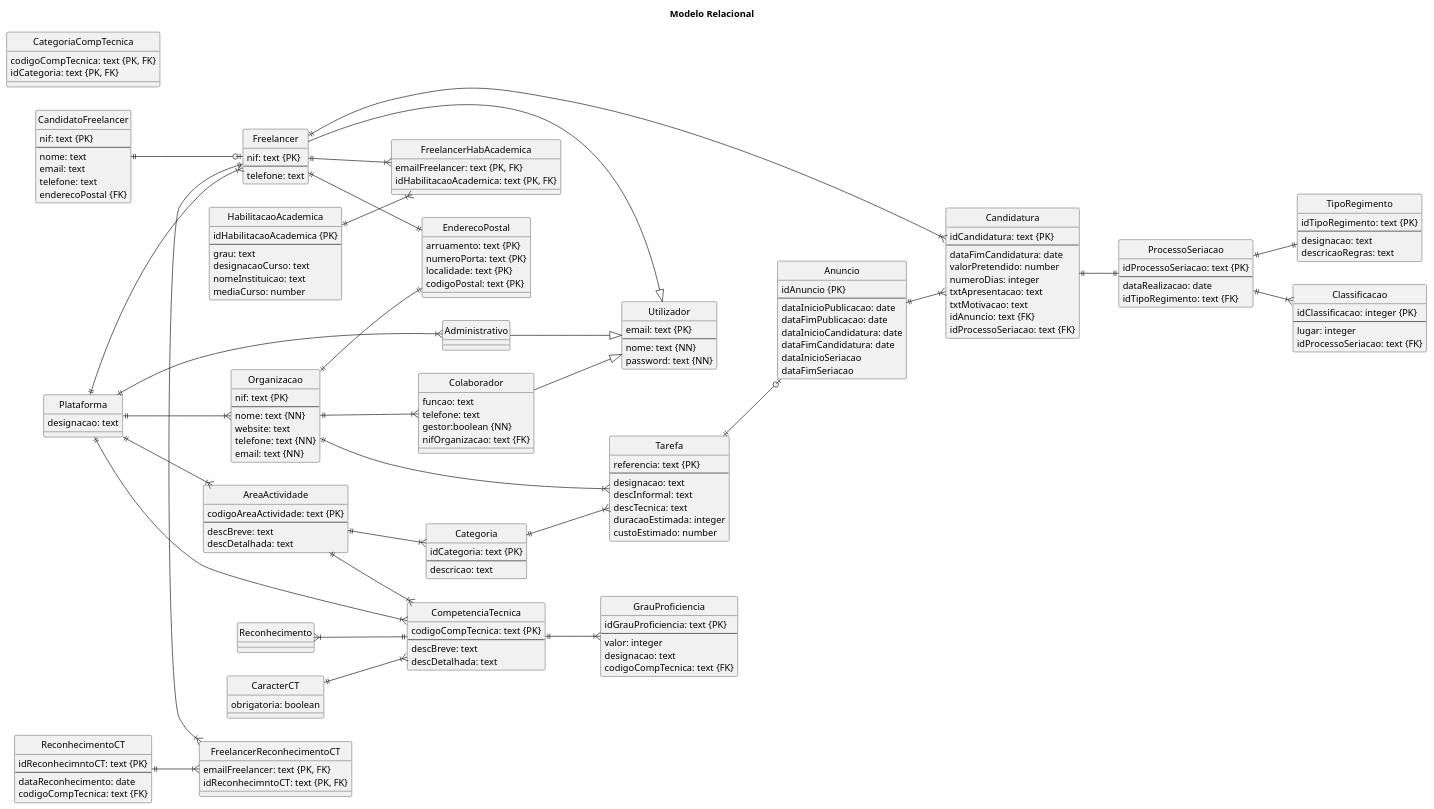
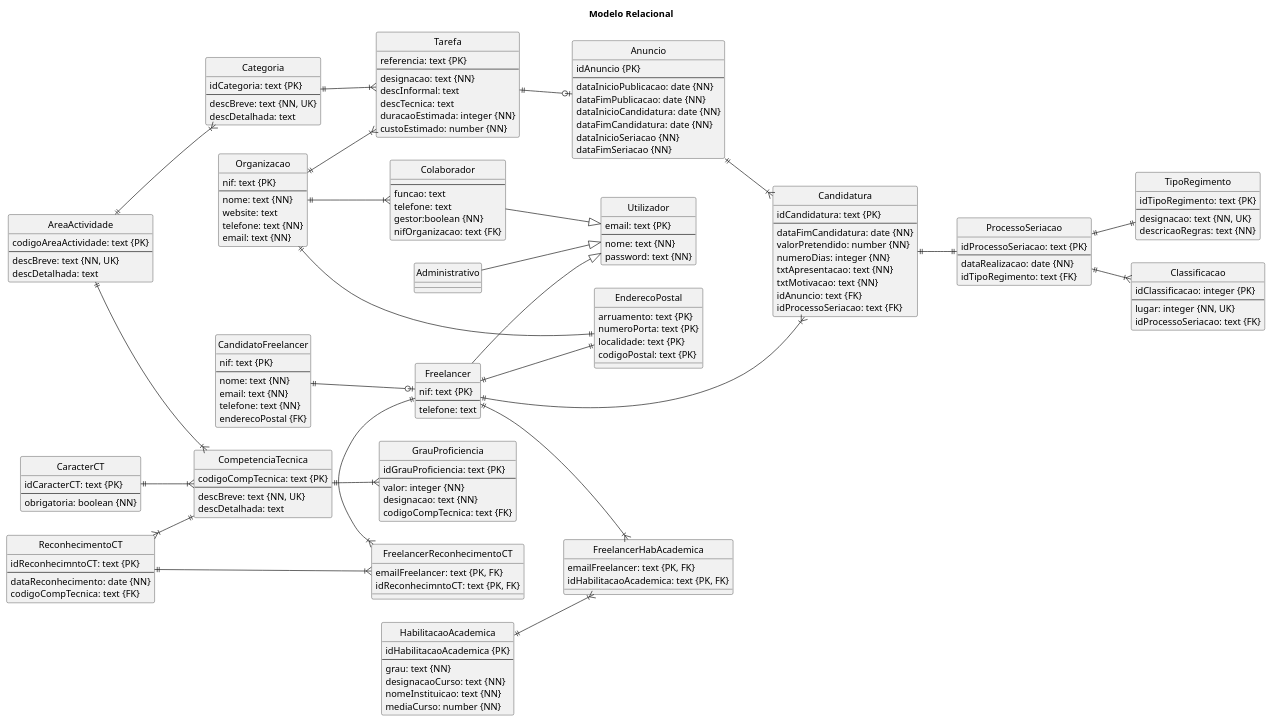
The diagram in Documentação/Sprint 3/Modelo_Relacional/Modelo_Relacional.puml (blestonbandeiraUPSKILL/upskill_java1_labprg_grupo2), drawn with PlantUML before and after one commit.

Commit message:
modelo relacional - done

```diff
--- a/Documentação/Sprint 3/Modelo_Relacional/Modelo_Relacional.puml
+++ b/Documentação/Sprint 3/Modelo_Relacional/Modelo_Relacional.puml
@@ -5,10 +5,6 @@
 
 hide circle
 'skinparam linetype ortho
-
-entity "Plataforma" {
-    designacao: text
-}
 
 entity "Organizacao" {
     nif: text {PK}     
@@ -20,6 +16,7 @@
 }
 
 entity "Colaborador" {
+    --
     funcao: text
     telefone: text
     gestor:boolean {NN}
@@ -39,33 +36,29 @@
 entity "Categoria" {
     idCategoria: text {PK}
     --
-    descricao: text
+    descBreve: text {NN, UK}
+    descDetalhada: text
 }
 
 entity "CompetenciaTecnica" {
     codigoCompTecnica: text {PK}
     --
-    descBreve: text
+    descBreve: text {NN, UK}
     descDetalhada: text
-}
-
-entity "CategoriaCompTecnica" {
-    codigoCompTecnica: text {PK, FK}
-    idCategoria: text {PK, FK}
 }
 
 entity "AreaActividade" {
     codigoAreaActividade: text {PK}
     --
-    descBreve: text
+    descBreve: text {NN, UK}
     descDetalhada: text
 }
 
 entity "GrauProficiencia" {
     idGrauProficiencia: text {PK}
     --
-    valor: integer 
-    designacao: text 
+    valor: integer {NN}
+    designacao: text {NN}
     codigoCompTecnica: text {FK}
 }
 
@@ -78,9 +71,9 @@
 entity "CandidatoFreelancer" {
     nif: text {PK}
     --
-    nome: text
-    email: text
-    telefone: text
+    nome: text {NN}
+    email: text {NN}
+    telefone: text {NN}
     enderecoPostal {FK}
 }
 
@@ -94,53 +87,53 @@
 entity "Tarefa" {
     referencia: text {PK}
     --
-    designacao: text
+    designacao: text {NN}
     descInformal: text
     descTecnica: text
-    duracaoEstimada: integer
-    custoEstimado: number
+    duracaoEstimada: integer {NN}
+    custoEstimado: number {NN}
 }
 
 entity "Anuncio" {
     idAnuncio {PK}
     --
-    dataInicioPublicacao: date
-    dataFimPublicacao: date
-    dataInicioCandidatura: date
-    dataFimCandidatura: date
-    dataInicioSeriacao
-    dataFimSeriacao
+    dataInicioPublicacao: date {NN}
+    dataFimPublicacao: date {NN}
+    dataInicioCandidatura: date {NN}
+    dataFimCandidatura: date {NN}
+    dataInicioSeriacao {NN} 
+    dataFimSeriacao {NN}
 }
 
 entity "ProcessoSeriacao" {
     idProcessoSeriacao: text {PK}
     --
-    dataRealizacao: date
+    dataRealizacao: date {NN}
     idTipoRegimento: text {FK}
 }
 
 entity "TipoRegimento" {
     idTipoRegimento: text {PK}
     --
-    designacao: text
-    descricaoRegras: text
+    designacao: text {NN, UK}
+    descricaoRegras: text {NN}
 }
 
 entity "Classificacao" {
     idClassificacao: integer {PK}
     --
-    lugar: integer
+    lugar: integer {NN, UK}
     idProcessoSeriacao: text {FK}
 }
 
 entity "Candidatura" {
     idCandidatura: text {PK}
     --
-    dataFimCandidatura: date
-    valorPretendido: number
-    numeroDias: integer
-    txtApresentacao: text
-    txtMotivacao: text
+    dataFimCandidatura: date {NN}
+    valorPretendido: number {NN}
+    numeroDias: integer {NN}
+    txtApresentacao: text {NN}
+    txtMotivacao: text {NN}
     idAnuncio: text {FK}
     idProcessoSeriacao: text {FK}
 }
@@ -148,16 +141,16 @@
 entity "HabilitacaoAcademica" {
     idHabilitacaoAcademica {PK}
     --
-    grau: text 
-    designacaoCurso: text 
-    nomeInstituicao: text 
-    mediaCurso: number
+    grau: text {NN}
+    designacaoCurso: text {NN}
+    nomeInstituicao: text {NN}
+    mediaCurso: number {NN}
 }
 
 entity "ReconhecimentoCT" {
     idReconhecimntoCT: text {PK}
     --
-    dataReconhecimento: date
+    dataReconhecimento: date {NN}
     codigoCompTecnica: text {FK}
 }
 
@@ -172,15 +165,12 @@
 
 }
 entity "CaracterCT" {
-    obrigatoria: boolean
+    idCaracterCT: text {PK}
+    --
+    obrigatoria: boolean {NN}
 }
 
-Plataforma ||--|{ Organizacao
-Plataforma ||--|{ Administrativo
 AreaActividade ||--|{ Categoria
-Plataforma ||--|{ CompetenciaTecnica
-Plataforma ||--|{ AreaActividade
-Plataforma ||--|{ Freelancer
 Freelancer --|> Utilizador
 Administrativo --|> Utilizador
 AreaActividade ||--|{ CompetenciaTecnica
@@ -202,15 +192,8 @@
 HabilitacaoAcademica ||--|{ FreelancerHabAcademica
 Freelancer ||-|{ FreelancerReconhecimentoCT
 ReconhecimentoCT ||--|{ FreelancerReconhecimentoCT
-Reconhecimento }|--|| CompetenciaTecnica
+ReconhecimentoCT }|--|| CompetenciaTecnica
 CaracterCT ||--|{ CompetenciaTecnica
 
 
-
-
-
-
-
-
-
 @enduml
```
